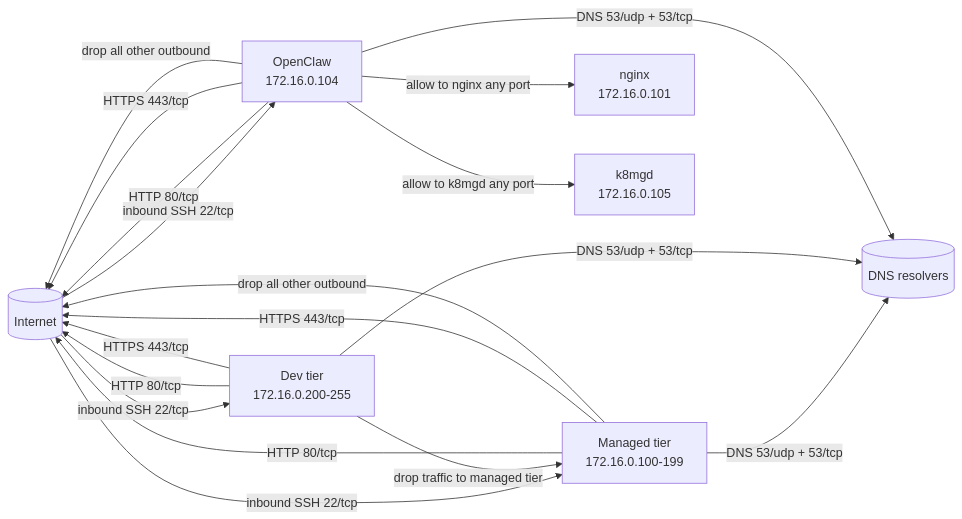
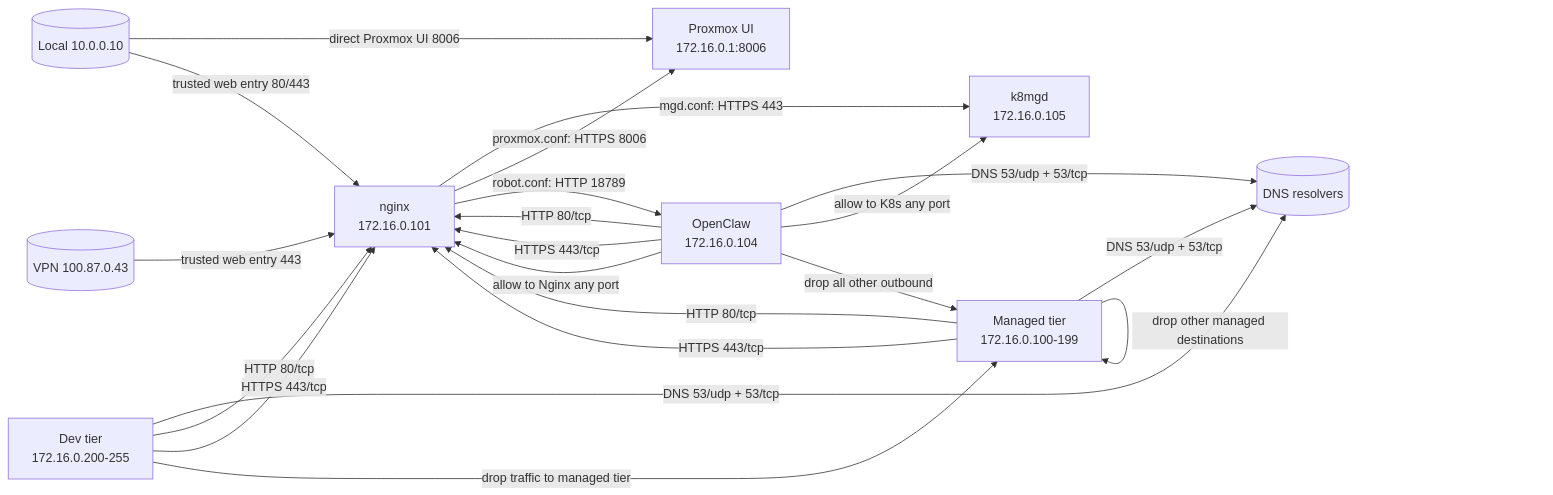
One commit to nirmalhk7/operationscenter changed the diagram in infrastructure/terra/proxmox/README.md. Above: the diagram before and after it, drawn with Mermaid. The commit also changed other lines of this file and 7 other files, not shown here.

````diff
--- a/infrastructure/terra/proxmox/README.md
+++ b/infrastructure/terra/proxmox/README.md
@@ -9,31 +9,37 @@
 ```mermaid
 flowchart LR
-  Internet[(Internet)]
+  Local[(Local 10.0.0.10)]
+  VPN[(VPN 100.87.0.43)]
   DNS[(DNS resolvers)]
+  Nginx["nginx<br/>172.16.0.101"]
+  K8s["k8mgd<br/>172.16.0.105"]
+  OpenClaw["OpenClaw<br/>172.16.0.104"]
+  ProxmoxUI["Proxmox UI<br/>172.16.0.1:8006"]
   ManagedNet["Managed tier<br/>172.16.0.100-199"]
   DevNet["Dev tier<br/>172.16.0.200-255"]
-  OpenClaw["OpenClaw<br/>172.16.0.104"]
-  Nginx["nginx<br/>172.16.0.101"]
-  K8s["k8mgd<br/>172.16.0.105"]
 
-  Internet -->|inbound SSH 22/tcp| ManagedNet
-  Internet -->|inbound SSH 22/tcp| DevNet
-  Internet -->|inbound SSH 22/tcp| OpenClaw
+  Local -->|direct Proxmox UI 8006| ProxmoxUI
+  Local -->|trusted web entry 80/443| Nginx
+  VPN -->|trusted web entry 443| Nginx
+
+  Nginx -->|mgd.conf: HTTPS 443| K8s
+  Nginx -->|proxmox.conf: HTTPS 8006| ProxmoxUI
+  Nginx -->|robot.conf: HTTP 18789| OpenClaw
 
   ManagedNet -->|DNS 53/udp + 53/tcp| DNS
-  ManagedNet -->|HTTP 80/tcp| Internet
-  ManagedNet -->|HTTPS 443/tcp| Internet
-  ManagedNet -->|drop all other outbound| Internet
+  ManagedNet -->|HTTP 80/tcp| Nginx
+  ManagedNet -->|HTTPS 443/tcp| Nginx
+  ManagedNet -->|drop other managed destinations| ManagedNet
 
   DevNet -->|DNS 53/udp + 53/tcp| DNS
-  DevNet -->|HTTP 80/tcp| Internet
-  DevNet -->|HTTPS 443/tcp| Internet
+  DevNet -->|HTTP 80/tcp| Nginx
+  DevNet -->|HTTPS 443/tcp| Nginx
   DevNet -->|drop traffic to managed tier| ManagedNet
 
   OpenClaw -->|DNS 53/udp + 53/tcp| DNS
-  OpenClaw -->|HTTP 80/tcp| Internet
-  OpenClaw -->|HTTPS 443/tcp| Internet
-  OpenClaw -->|allow to nginx any port| Nginx
-  OpenClaw -->|allow to k8mgd any port| K8s
-  OpenClaw -->|drop all other outbound| Internet
+  OpenClaw -->|HTTP 80/tcp| Nginx
+  OpenClaw -->|HTTPS 443/tcp| Nginx
+  OpenClaw -->|allow to Nginx any port| Nginx
+  OpenClaw -->|allow to K8s any port| K8s
+  OpenClaw -->|drop all other outbound| ManagedNet
 ```
````
